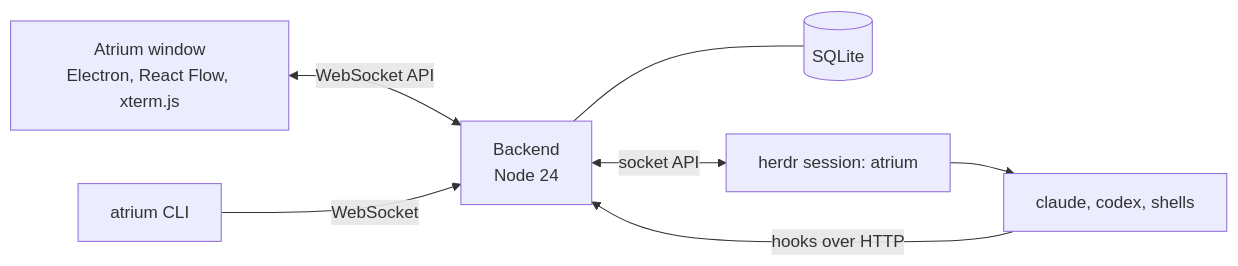
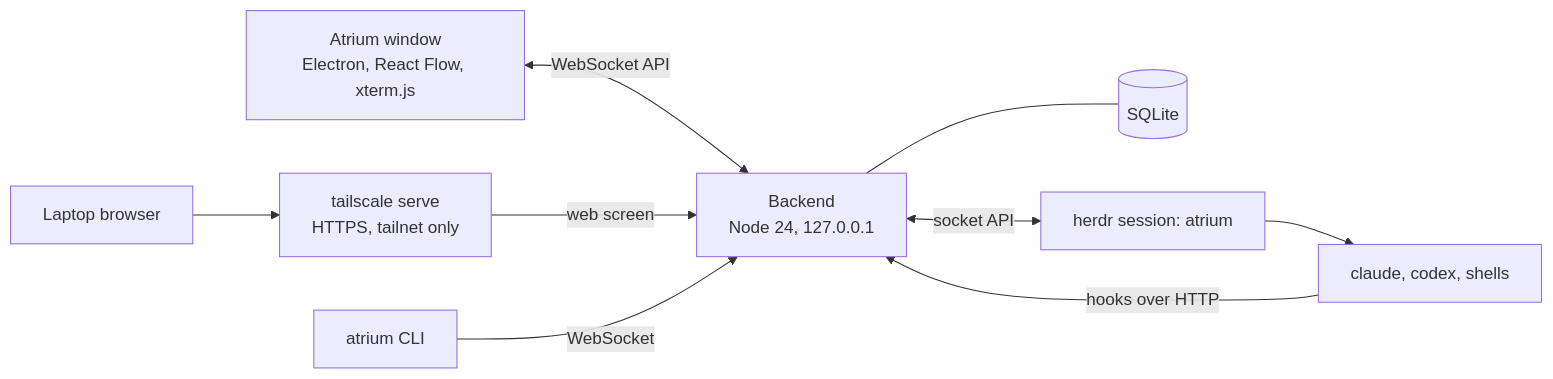
Before and after one commit to Gudals0320/atrium: the diagram in README.md, drawn with Mermaid. The commit also changed other lines of this file and 11 other files, not shown here.

Commit message:
P64: README rewrite (EN and KO, same layout: feature groups with pictures, short remote steps with details, CLI table, diagram with browser and tailscale serve, third-party license note) and new screenshots from a demo dev board (readme-shots.mjs seed/layout/shoot/publish/clean)

````diff
--- a/README.md
+++ b/README.md
@@ -143,15 +198,18 @@
 ```mermaid
 flowchart LR
   UI["Atrium window<br/>Electron, React Flow, xterm.js"]
+  WEB["Laptop browser"]
+  TS["tailscale serve<br/>HTTPS, tailnet only"]
   CLI["atrium CLI"]
-  B["Backend<br/>Node 24"]
+  B["Backend<br/>Node 24, 127.0.0.1"]
   DB[("SQLite")]
   H["herdr session: atrium"]
   A["claude, codex, shells"]
   UI <-->|WebSocket API| B
+  WEB --> TS -->|web screen| B
   CLI -->|WebSocket| B
   B <-->|socket API| H
   H --> A
   A -->|hooks over HTTP| B
   B --- DB
 ```
````
